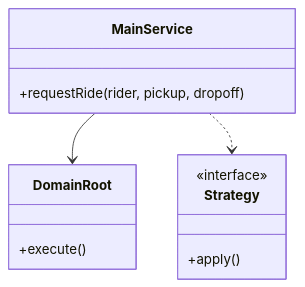
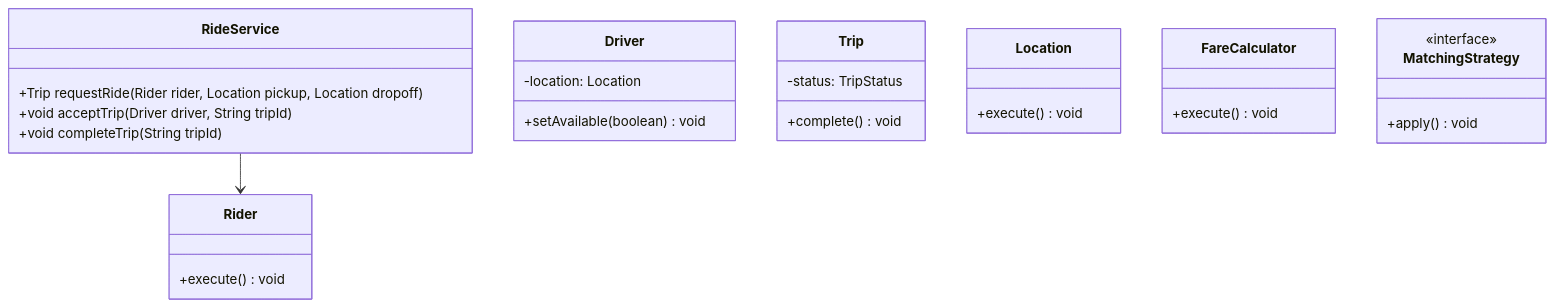
One commit to madhupaila/Interview-Prep-SSE changed the first of 3 diagrams in Learn/System Design - Low Level Design/02-classic-ood/questions/Q21-ride-sharing-uber.md. Above: the diagram before and after it, drawn with Mermaid. The commit also changed other lines of this file and 491 other files, not shown here.

````diff
--- a/Learn/System Design - Low Level Design/02-classic-ood/questions/Q21-ride-sharing-uber.md
+++ b/Learn/System Design - Low Level Design/02-classic-ood/questions/Q21-ride-sharing-uber.md
@@ -75,15 +93,30 @@
 ```mermaid
 classDiagram
-    class MainService {
-        +requestRide(rider, pickup, dropoff)
+    class RideService {
+        +Trip requestRide(Rider rider, Location pickup, Location dropoff)
+        +void acceptTrip(Driver driver, String tripId)
+        +void completeTrip(String tripId)
     }
-    class DomainRoot {
-        +execute()
+    class Rider {
+        +execute() void
     }
-    class Strategy {
+    class Driver {
+        -location: Location
+        +setAvailable(boolean) void
+    }
+    class Trip {
+        -status: TripStatus
+        +complete() void
+    }
+    class Location {
+        +execute() void
+    }
+    class FareCalculator {
+        +execute() void
+    }
+    class MatchingStrategy {
         <<interface>>
-        +apply()
+        +apply() void
     }
-    MainService --> DomainRoot
-    MainService ..> Strategy
+    RideService --> Rider
 ```
````
